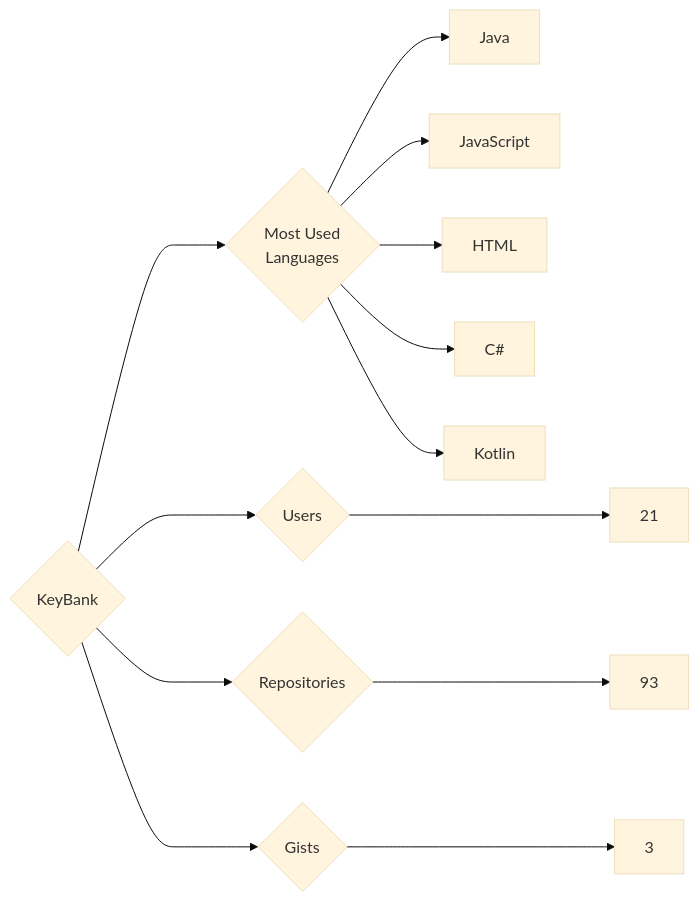
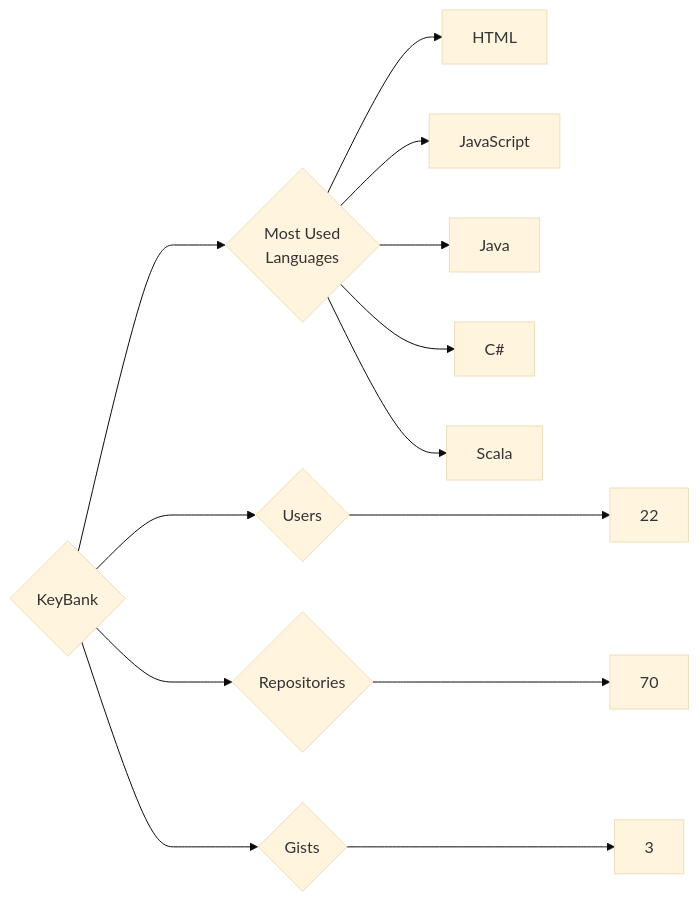
One commit to trickest/insiders changed the diagram in targets/KeyBank/README.md. Above: the diagram before and after it, drawn with Mermaid (base theme). The commit also changed 912 other files, not shown here.

````diff
--- a/targets/KeyBank/README.md
+++ b/targets/KeyBank/README.md
@@ -3,13 +3,13 @@
 ```mermaid
 graph LR
 COMPANY_NAME{KeyBank}
-COMPANY_NAME ---> U{Users} ---> UN[21]
-COMPANY_NAME ---> R{Repositories} ---> RN[93]
+COMPANY_NAME ---> U{Users} ---> UN[22]
+COMPANY_NAME ---> R{Repositories} ---> RN[70]
 COMPANY_NAME ---> G{Gists} ---> GN[3]
 COMPANY_NAME ---> ML{Most Used<br>Languages}
+ML --> HTML[HTML]
+ML --> JavaScript[JavaScript]
 ML --> Java[Java]
-ML --> JavaScript[JavaScript]
-ML --> HTML[HTML]
 ML --> C#[C#]
-ML --> Kotlin[Kotlin]
+ML --> Scala[Scala]
 ```
````
